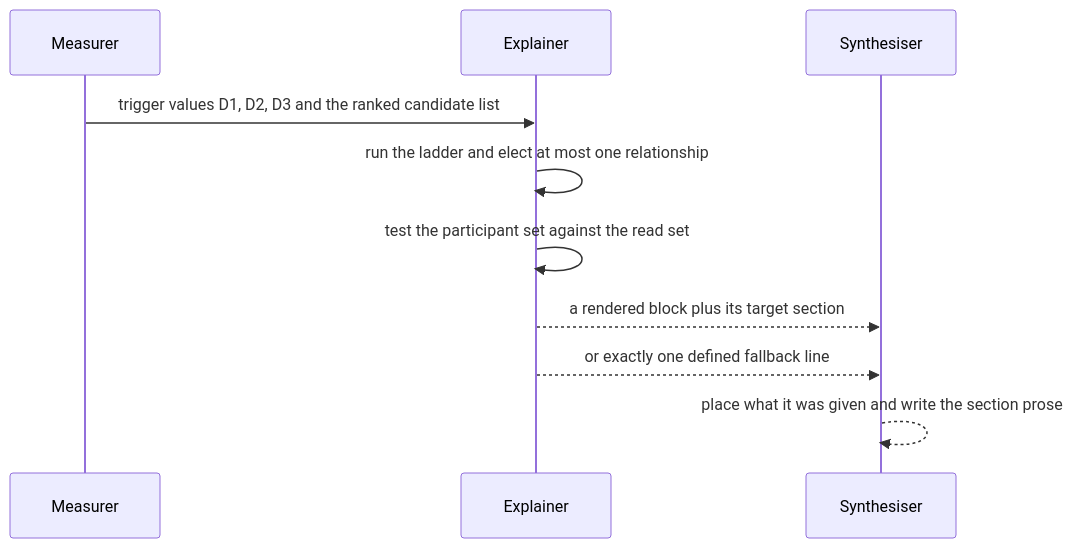
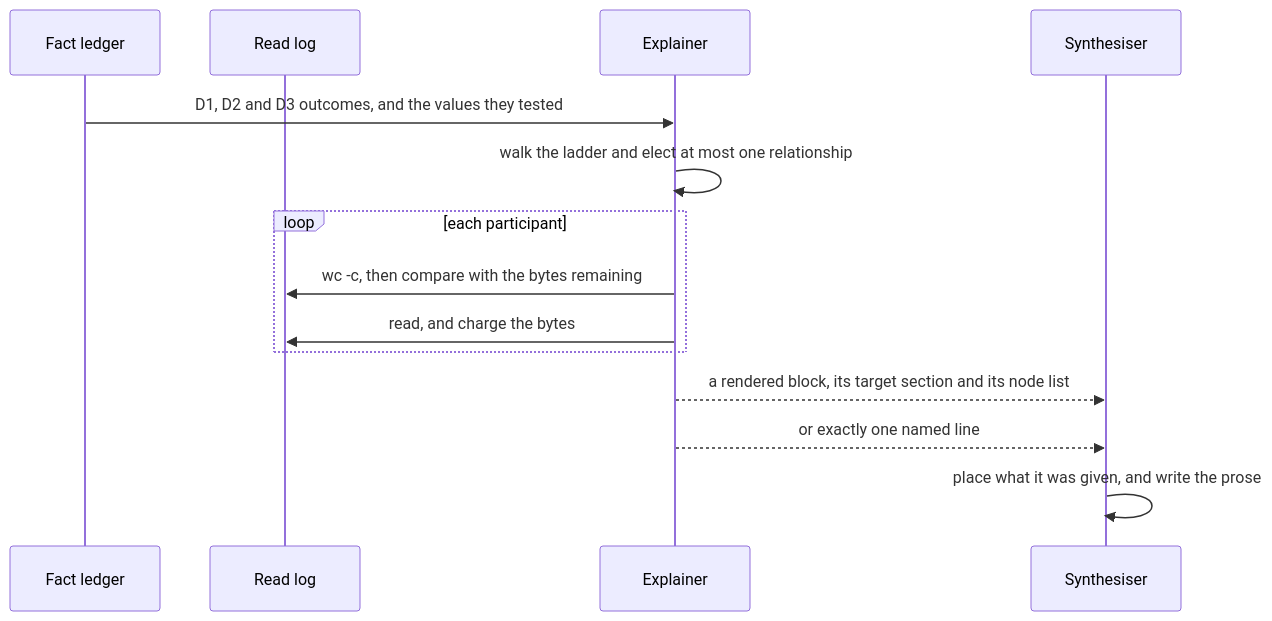
Before and after one commit to BrighterCommand/Brighter: the first of 2 diagrams in docs/adr/0077-show-me-visual-explanation.md, drawn with Mermaid. The commit also changed other lines of this file and 6 other files, not shown here.

````diff
--- a/docs/adr/0077-show-me-visual-explanation.md
+++ b/docs/adr/0077-show-me-visual-explanation.md
@@ -132,12 +169,16 @@
 ```mermaid
 sequenceDiagram
-    participant M as Measurer
+    participant L as Fact ledger
+    participant R as Read log
     participant E as Explainer
     participant S as Synthesiser
-    M->>E: trigger values D1, D2, D3 and the ranked candidate list
-    E->>E: run the ladder and elect at most one relationship
-    E->>E: test the participant set against the read set
-    E-->>S: a rendered block plus its target section
-    E-->>S: or exactly one defined fallback line
-    S-->>S: place what it was given and write the section prose
+    L->>E: D1, D2 and D3 outcomes, and the values they tested
+    E->>E: walk the ladder and elect at most one relationship
+    loop each participant
+        E->>R: wc -c, then compare with the bytes remaining
+        E->>R: read, and charge the bytes
+    end
+    E-->>S: a rendered block, its target section and its node list
+    E-->>S: or exactly one named line
+    S->>S: place what it was given, and write the prose
 ```
````
